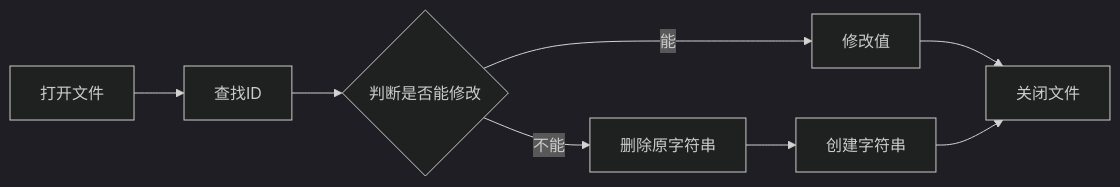
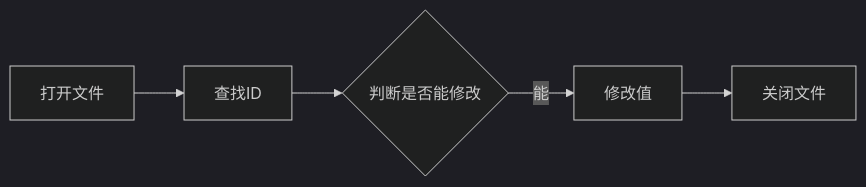
Before and after one commit to caoaolong/coding-soul-docs: the fifth of 5 diagrams in docs/9.手写文本数据库1.md, drawn with Mermaid (dark theme). The commit also changed 1 other file, not shown here.

Commit message:
手写文本数据库

````diff
--- a/docs/9.手写文本数据库1.md
+++ b/docs/9.手写文本数据库1.md
@@ -97,7 +97,6 @@
 ```mermaid
 graph LR;
 F[关闭文件]
 A[打开文件] --> B[查找ID] --> C{判断是否能修改}
 C -- 能 --> D[修改值] --> F
-C -- 不能 --> C1[删除原字符串] --> E[创建字符串] --> F
 ```
````
